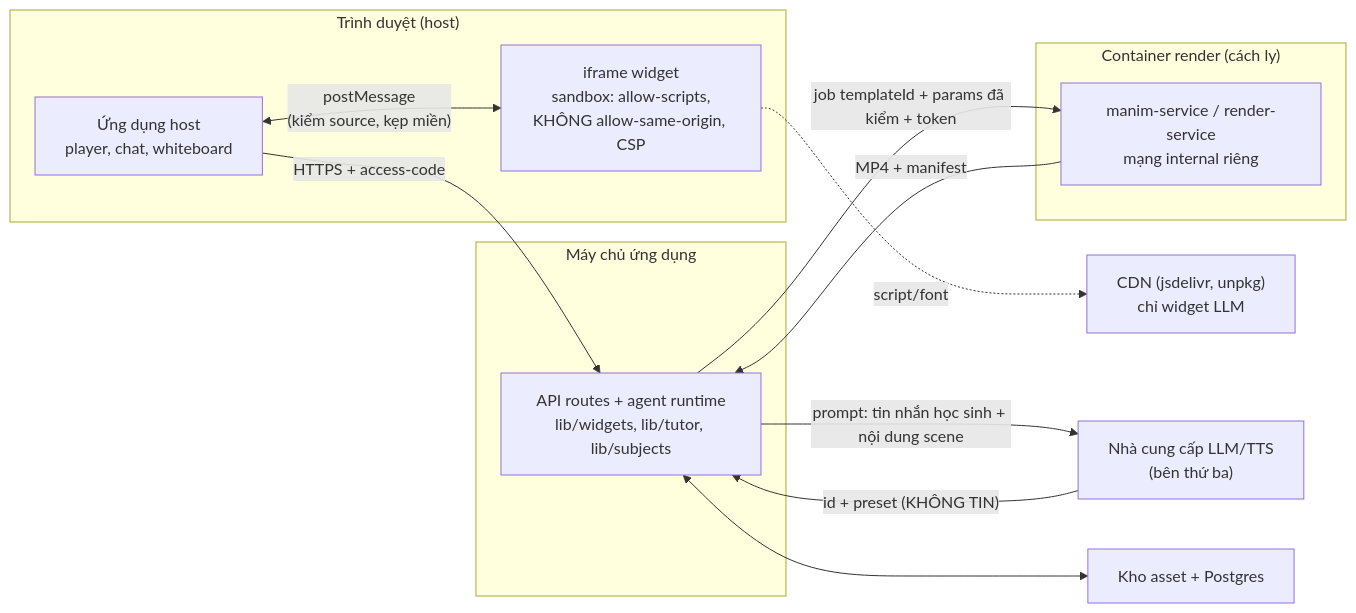
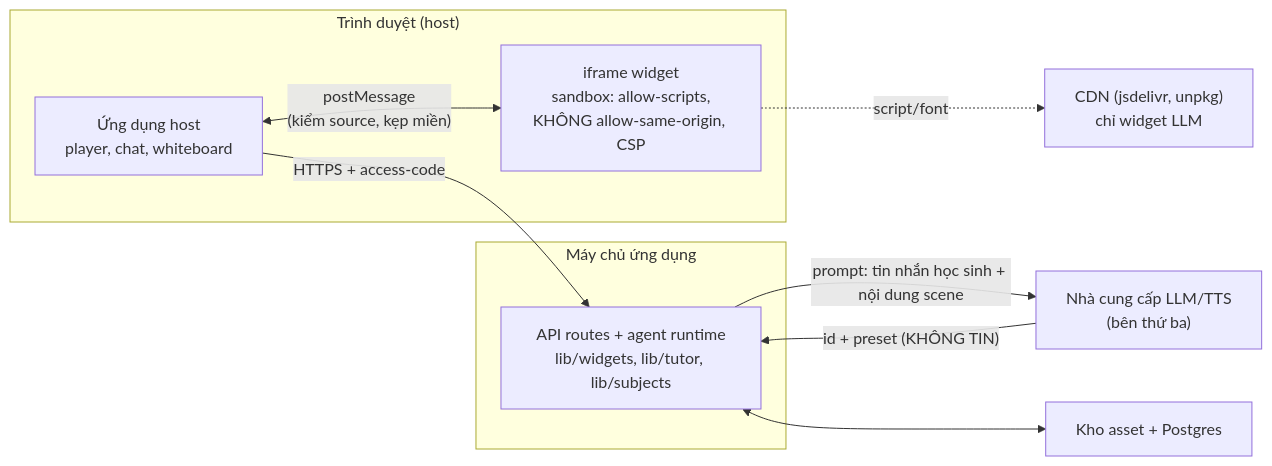
Before and after one commit to nqthiep/OpenMAIC: the diagram in docs/tutor/SECURITY.md, drawn with Mermaid. The commit also changed other lines of this file and 37 other files, not shown here.

````diff
--- a/docs/tutor/SECURITY.md
+++ b/docs/tutor/SECURITY.md
@@ -37,24 +34,19 @@
 ```mermaid
 flowchart LR
   subgraph B["Trình duyệt (host)"]
     H["Ứng dụng host<br/>player, chat, whiteboard"]
     W["iframe widget<br/>sandbox: allow-scripts,<br/>KHÔNG allow-same-origin, CSP"]
     H <-- "postMessage<br/>(kiểm source, kẹp miền)" --> W
   end
   CDN["CDN (jsdelivr, unpkg)<br/>chỉ widget LLM"]
   subgraph S["Máy chủ ứng dụng"]
     A["API routes + agent runtime<br/>lib/widgets, lib/tutor, lib/subjects"]
   end
   LLM["Nhà cung cấp LLM/TTS<br/>(bên thứ ba)"]
-  subgraph R["Container render (cách ly)"]
-    M["manim-service / render-service<br/>mạng internal riêng"]
-  end
   ST["Kho asset + Postgres"]
   H -- "HTTPS + access-code" --> A
   W -. "script/font" .-> CDN
   A -- "prompt: tin nhắn học sinh + nội dung scene" --> LLM
   LLM -- "id + preset (KHÔNG TIN)" --> A
-  A -- "job templateId + params đã kiểm + token" --> M
-  M -- "MP4 + manifest" --> A
   A <--> ST
 ```
````
